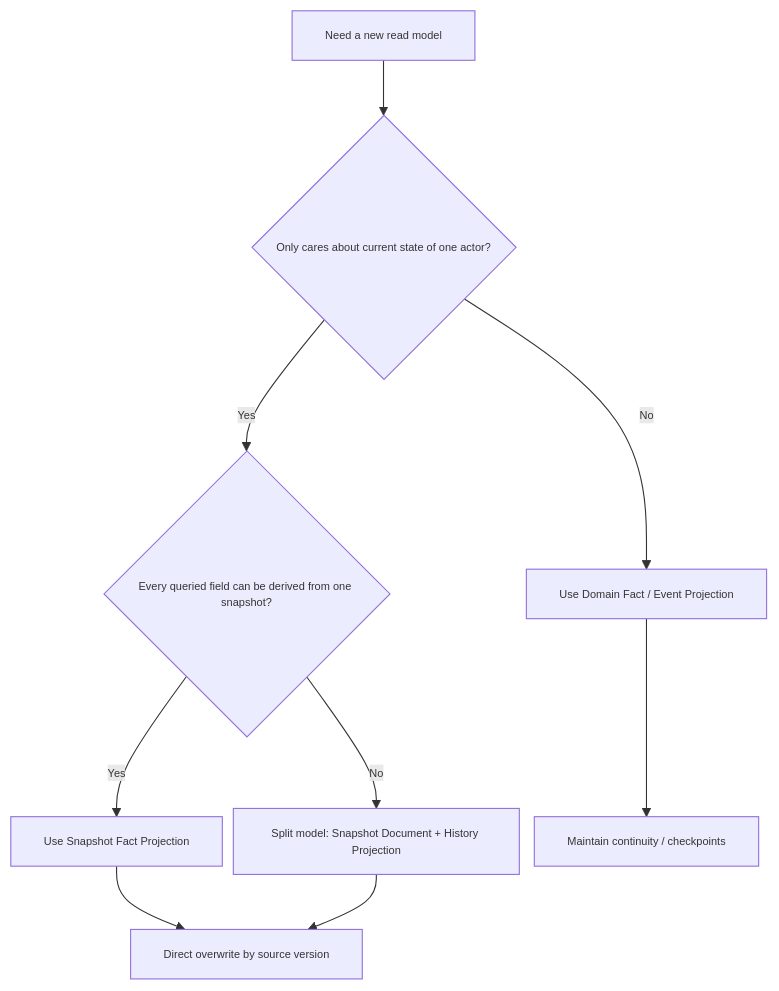
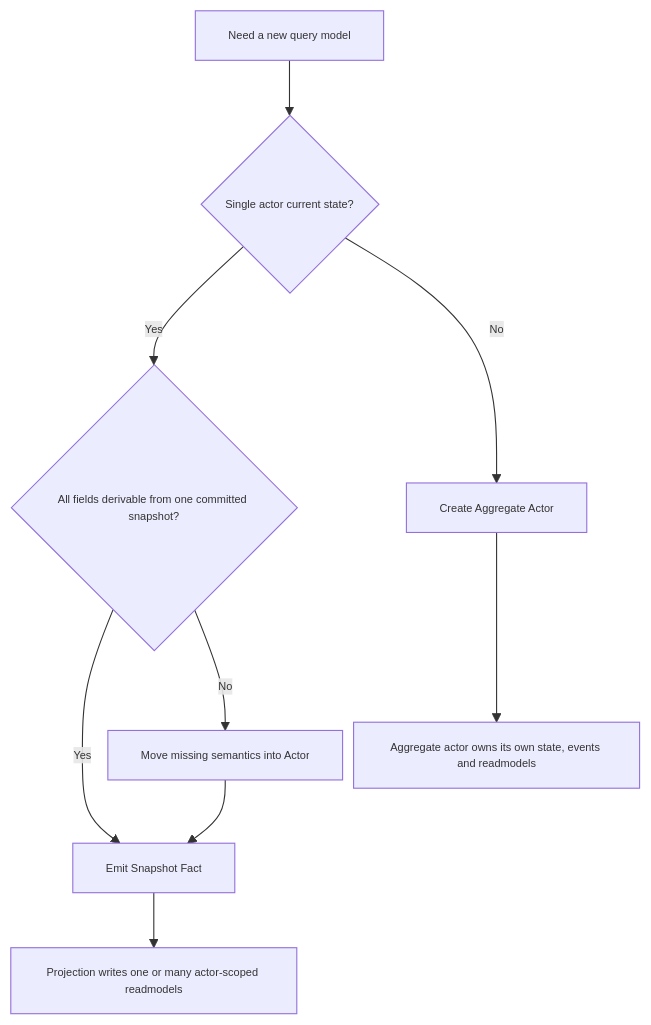
Before and after one commit to aevatarAI/aevatar: the second of 3 diagrams in docs/architecture/2026-03-15-snapshot-fact-readmodel-refactor-implementation-blueprint.md, drawn with Mermaid. The commit also changed other lines of this file and 2 other files, not shown here.

First line of the commit message:
Refactor Actor-State Snapshot ReadModel Architecture and Guidelines

````diff
--- a/docs/architecture/2026-03-15-snapshot-fact-readmodel-refactor-implementation-blueprint.md
+++ b/docs/architecture/2026-03-15-snapshot-fact-readmodel-refactor-implementation-blueprint.md
@@ -147,12 +143,12 @@
 ```mermaid
 %%{init: {"maxTextSize": 100000, "flowchart": {"useMaxWidth": false, "nodeSpacing": 10, "rankSpacing": 50}, "themeVariables": {"fontSize": "10px"}}}%%
 flowchart TD
-  S["Need a new read model"] --> A{"Only cares about current state of one actor?"}
-  A -->|Yes| B{"Every queried field can be derived from one snapshot?"}
-  A -->|No| E["Use Domain Fact / Event Projection"]
-  B -->|Yes| C["Use Snapshot Fact Projection"]
-  B -->|No| D["Split model: Snapshot Document + History Projection"]
-  E --> F["Maintain continuity / checkpoints"]
-  C --> G["Direct overwrite by source version"]
-  D --> G
+  N["Need a new query model"] --> A{"Single actor current state?"}
+  A -->|Yes| B{"All fields derivable from one committed snapshot?"}
+  A -->|No| G["Create Aggregate Actor"]
+  B -->|Yes| C["Emit Snapshot Fact"]
+  B -->|No| D["Move missing semantics into Actor"]
+  D --> C
+  C --> E["Projection writes one or many actor-scoped readmodels"]
+  G --> H["Aggregate actor owns its own state, events and readmodels"]
 ```
````
